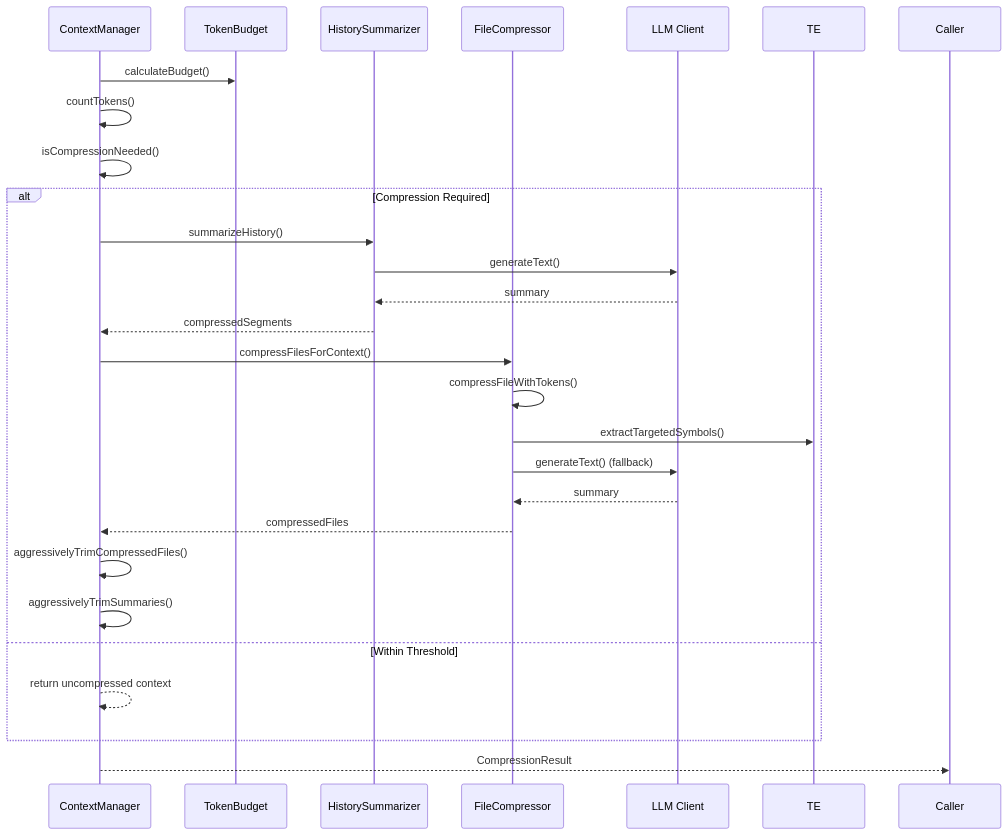
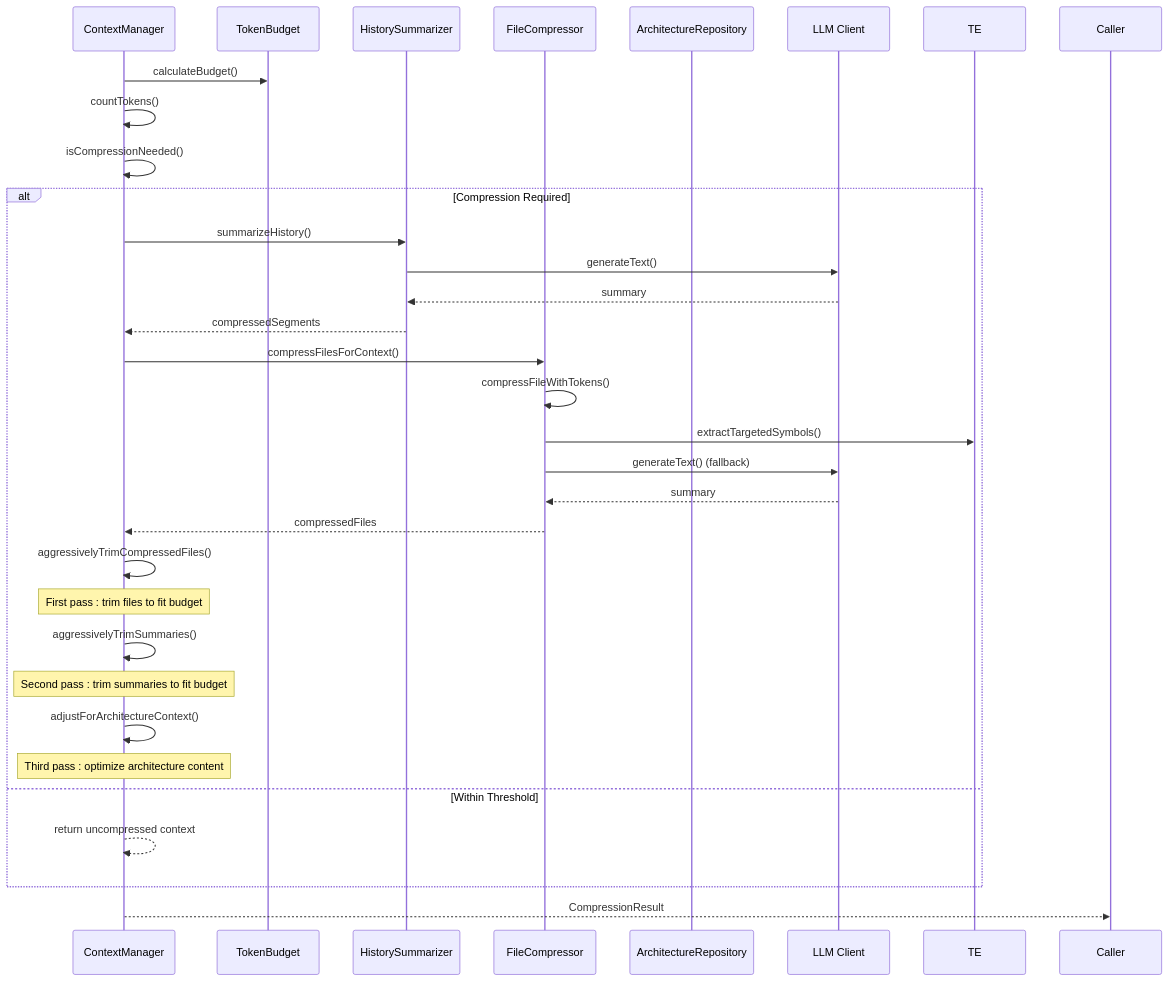
Before and after one commit to bramburn/repomix-runner: the fourth of 11 diagrams in .qoder/repowiki/en/content/Core Features/Reactive Context Compression.md, drawn with Mermaid. The commit also changed other lines of this file and 27 other files, not shown here.

````diff
--- a/.qoder/repowiki/en/content/Core Features/Reactive Context Compression.md
+++ b/.qoder/repowiki/en/content/Core Features/Reactive Context Compression.md
@@ -134,28 +203,33 @@
 ```mermaid
 sequenceDiagram
 participant CM as ContextManager
 participant TB as TokenBudget
 participant HB as HistorySummarizer
 participant FC as FileCompressor
+participant AR as ArchitectureRepository
 participant LLM as LLM Client
 CM->>TB : calculateBudget()
 CM->>CM : countTokens()
 CM->>CM : isCompressionNeeded()
 alt Compression Required
 CM->>HB : summarizeHistory()
 HB->>LLM : generateText()
 LLM-->>HB : summary
 HB-->>CM : compressedSegments
 CM->>FC : compressFilesForContext()
 FC->>FC : compressFileWithTokens()
 FC->>TE : extractTargetedSymbols()
 FC->>LLM : generateText() (fallback)
 LLM-->>FC : summary
 FC-->>CM : compressedFiles
 CM->>CM : aggressivelyTrimCompressedFiles()
+note over CM : First pass : trim files to fit budget
 CM->>CM : aggressivelyTrimSummaries()
+note over CM : Second pass : trim summaries to fit budget
+CM->>CM : adjustForArchitectureContext()
+note over CM : Third pass : optimize architecture content
 else Within Threshold
 CM-->>CM : return uncompressed context
 end
 CM-->>Caller : CompressionResult
 ```
````
